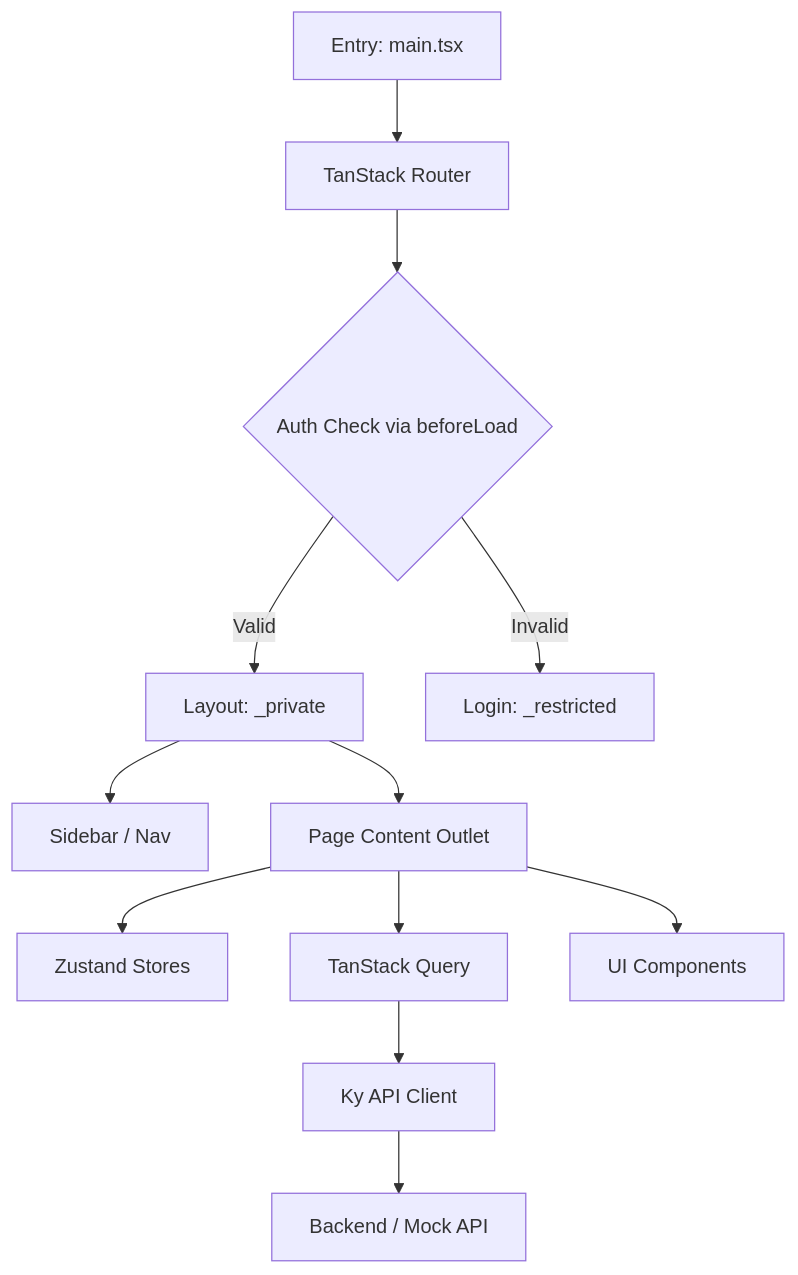
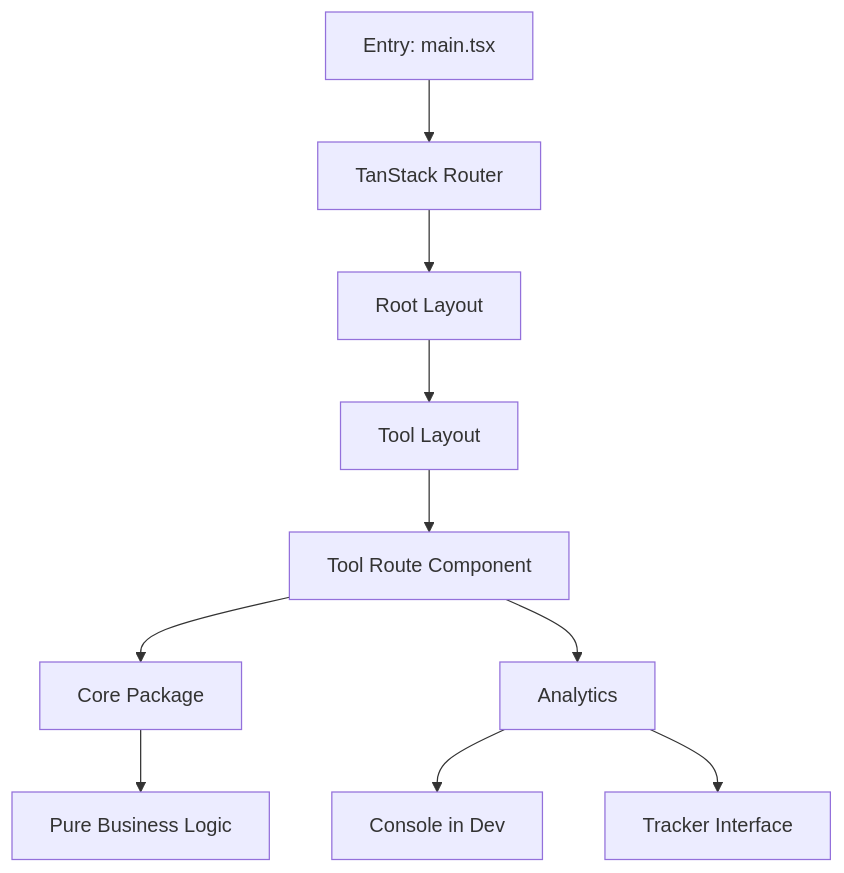
Before and after one commit to agustinusnathaniel/toolbox: the diagram in apps/toolbox-web/SPEC.md, drawn with Mermaid. The commit also changed other lines of this file and 14 other files, not shown here.

````diff
--- a/apps/toolbox-web/SPEC.md
+++ b/apps/toolbox-web/SPEC.md
@@ -33,17 +71,14 @@
 ```mermaid
 graph TD
     A[Entry: main.tsx] --> B[TanStack Router]
-    B --> C{Auth Check via beforeLoad}
-    C -- Valid --> D[Layout: _private]
-    C -- Invalid --> E[Login: _restricted]
+    B --> C[Root Layout]
+    C --> D[Tool Layout]
+    D --> E[Tool Route Component]
 
-    D --> F[Sidebar / Nav]
-    D --> G[Page Content Outlet]
+    E --> F[Core Package]
+    F --> G[Pure Business Logic]
 
-    G --> H[Zustand Stores]
-    G --> I[TanStack Query]
-    G --> J[UI Components]
-
-    I --> K[Ky API Client]
-    K --> L[Backend / Mock API]
+    E --> H[Analytics]
+    H --> I[Console in Dev]
+    H --> J[Tracker Interface]
 ```
````
